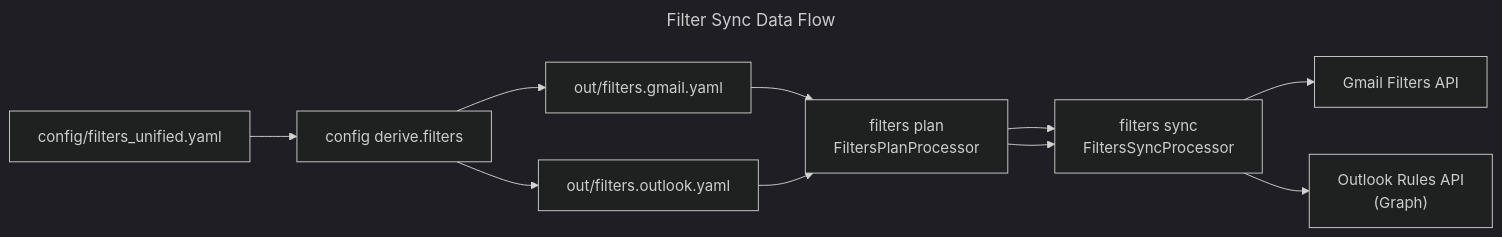
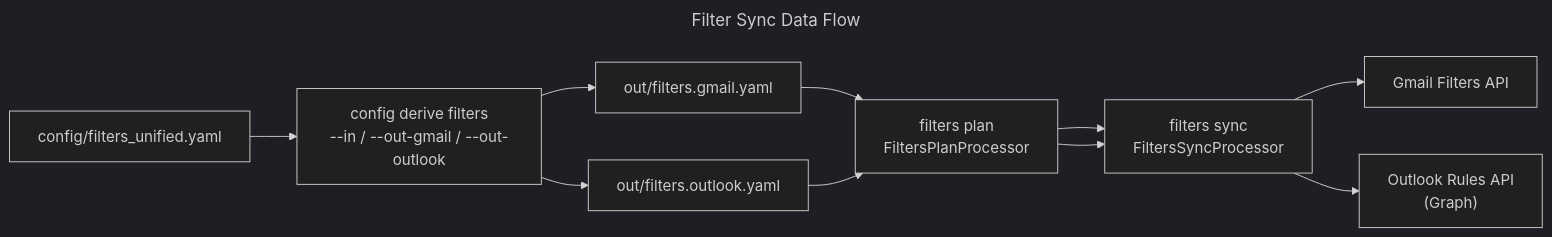
Before and after one commit to dancing-bear-show/dancing-bear: the second of 2 diagrams in src/mail/README.md, drawn with Mermaid (dark theme). The commit also changed other lines of this file and 5 other files, not shown here.

First line of the commit message:
docs: fix 10 diagram inaccuracies found sweeping the remaining 17 blocks

````diff
--- a/src/mail/README.md
+++ b/src/mail/README.md
@@ -54,20 +55,20 @@
 ```mermaid
 ---
 title: Filter Sync Data Flow
 ---
 flowchart LR
     unified["config/filters_unified.yaml"]
-    derive["config derive.filters"]
+    derive["config derive filters\n--in / --out-gmail / --out-outlook"]
     gmail_yaml["out/filters.gmail.yaml"]
     outlook_yaml["out/filters.outlook.yaml"]
     plan["filters plan\nFiltersPlanProcessor"]
     sync["filters sync\nFiltersSyncProcessor"]
     gmail_api["Gmail Filters API"]
     outlook_api["Outlook Rules API\n(Graph)"]
 
     unified --> derive
     derive --> gmail_yaml
     derive --> outlook_yaml
     gmail_yaml --> plan --> sync --> gmail_api
     outlook_yaml --> plan --> sync --> outlook_api
 ```
````
